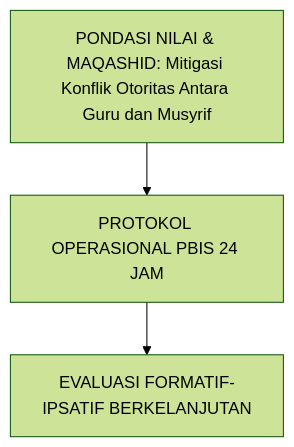
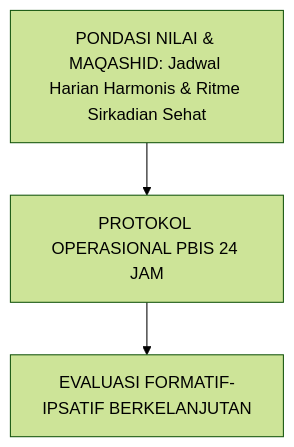
Before and after one commit to wandiapriliyandi/tumbuh: the fifth of 45 diagrams in BOOK-SERIES/Volume-05/Buku-Volume-05-Manual-Operasional-SOP-Musyrif-dan-Tata-Kelola-Pesantren-Modern.md, drawn with Mermaid (forest theme). The commit also changed other lines of this file and 196 other files, not shown here.

````diff
--- a/BOOK-SERIES/Volume-05/Buku-Volume-05-Manual-Operasional-SOP-Musyrif-dan-Tata-Kelola-Pesantren-Modern.md
+++ b/BOOK-SERIES/Volume-05/Buku-Volume-05-Manual-Operasional-SOP-Musyrif-dan-Tata-Kelola-Pesantren-Modern.md
@@ -183,5 +210,5 @@
 ```mermaid
 graph TD
-    Tujuan["PONDASI NILAI & MAQASHID: Mitigasi Konflik Otoritas Antara Guru dan Musyrif"] --> Operasional["PROTOKOL OPERASIONAL PBIS 24 JAM"]
+    Tujuan["PONDASI NILAI & MAQASHID: Jadwal Harian Harmonis & Ritme Sirkadian Sehat"] --> Operasional["PROTOKOL OPERASIONAL PBIS 24 JAM"]
     Operasional --> Evaluasi["EVALUASI FORMATIF-IPSATIF BERKELANJUTAN"]
 ```
````
